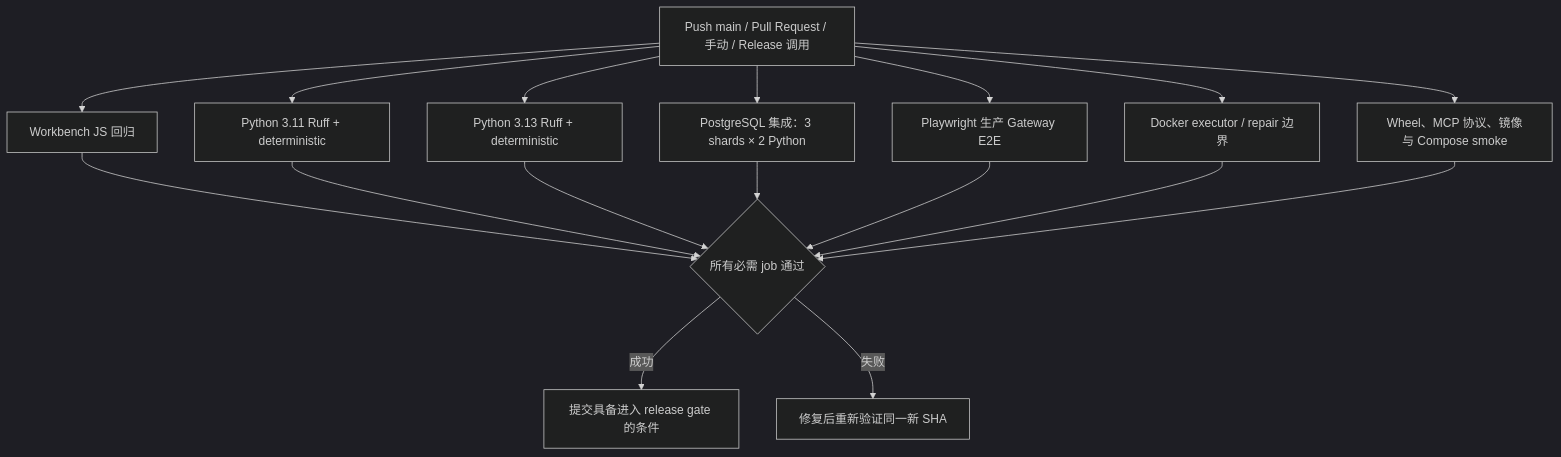
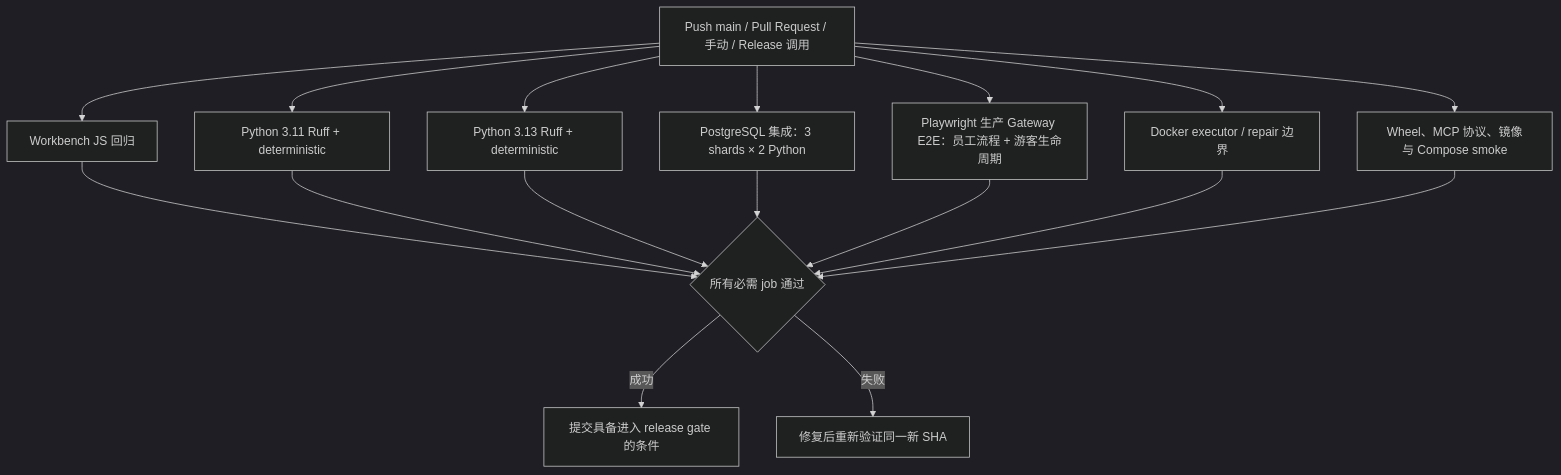
Before and after one commit to shuaibilx/DecAgent: the diagram in docs/ci/README.md, drawn with Mermaid (dark theme). The commit also changed other lines of this file and 4 other files, not shown here.

````diff
--- a/docs/ci/README.md
+++ b/docs/ci/README.md
@@ -9,19 +9,19 @@
 ```mermaid
 flowchart TD
     Start[Push main / Pull Request / 手动 / Release 调用] --> UI[Workbench JS 回归]
     Start --> Py311[Python 3.11 Ruff + deterministic]
     Start --> Py313[Python 3.13 Ruff + deterministic]
     Start --> PG[PostgreSQL 集成：3 shards × 2 Python]
-    Start --> Browser[Playwright 生产 Gateway E2E]
+    Start --> Browser[Playwright 生产 Gateway E2E：员工流程 + 游客生命周期]
     Start --> Docker[Docker executor / repair 边界]
     Start --> Artifact[Wheel、MCP 协议、镜像与 Compose smoke]
     UI --> Gate{所有必需 job 通过}
     Py311 --> Gate
     Py313 --> Gate
     PG --> Gate
     Browser --> Gate
     Docker --> Gate
     Artifact --> Gate
     Gate -->|成功| Eligible[提交具备进入 release gate 的条件]
     Gate -->|失败| Repair[修复后重新验证同一新 SHA]
 ```
````
